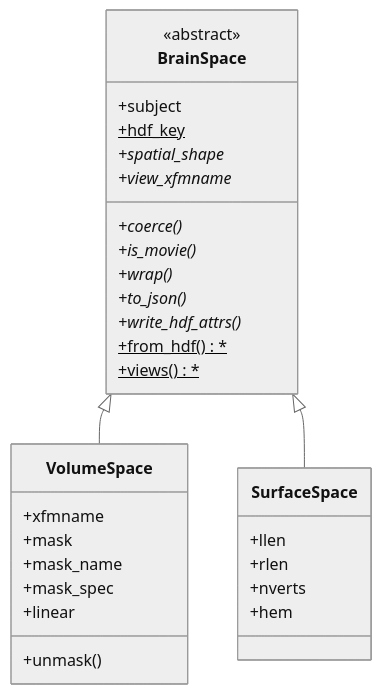
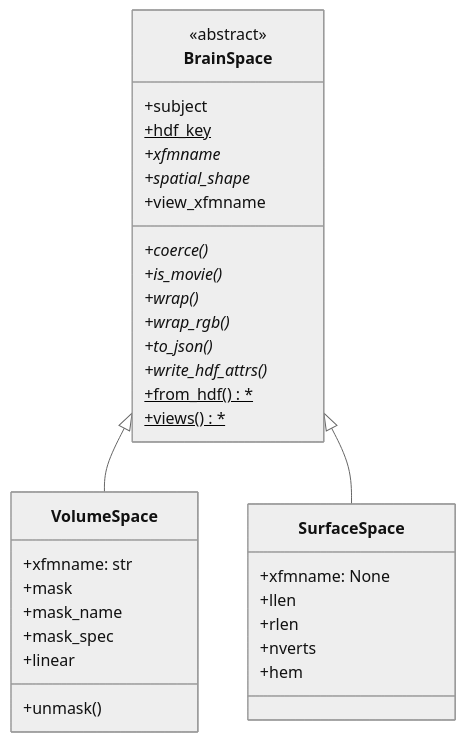
Before and after one commit to kroq-gar78/pycortex: the second of 2 diagrams in cortex/dataset/INHERITANCE.md, drawn with Mermaid (neutral theme). The commit also changed other lines of this file, not shown here.

````diff
--- a/cortex/dataset/INHERITANCE.md
+++ b/cortex/dataset/INHERITANCE.md
@@ -135,34 +177,37 @@
 ```mermaid
 classDiagram
     direction TB
     class BrainSpace {
         <<abstract>>
         +subject
         +hdf_key$
+        +xfmname*
         +coerce()*
         +is_movie()*
         +spatial_shape*
         +wrap()*
+        +wrap_rgb()*
         +to_json()*
         +write_hdf_attrs()*
-        +view_xfmname*
+        +view_xfmname
         +from_hdf()$*
         +views()$*
     }
     class VolumeSpace {
-        +xfmname
+        +xfmname: str
         +mask
         +mask_name
         +mask_spec
         +linear
         +unmask()
     }
     class SurfaceSpace {
+        +xfmname: None
         +llen
         +rlen
         +nverts
         +hem
     }
     BrainSpace <|-- VolumeSpace
     BrainSpace <|-- SurfaceSpace
 ```
````
